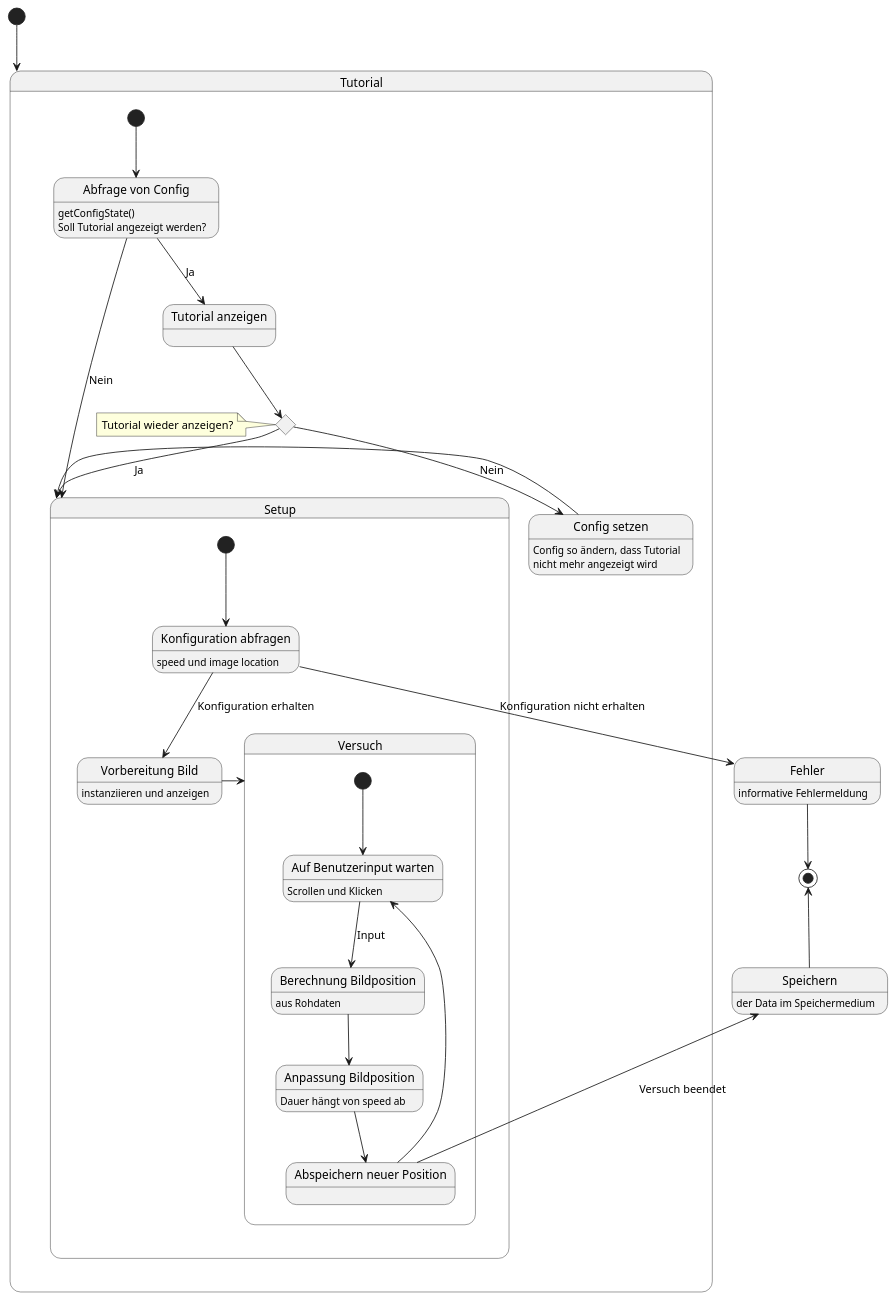
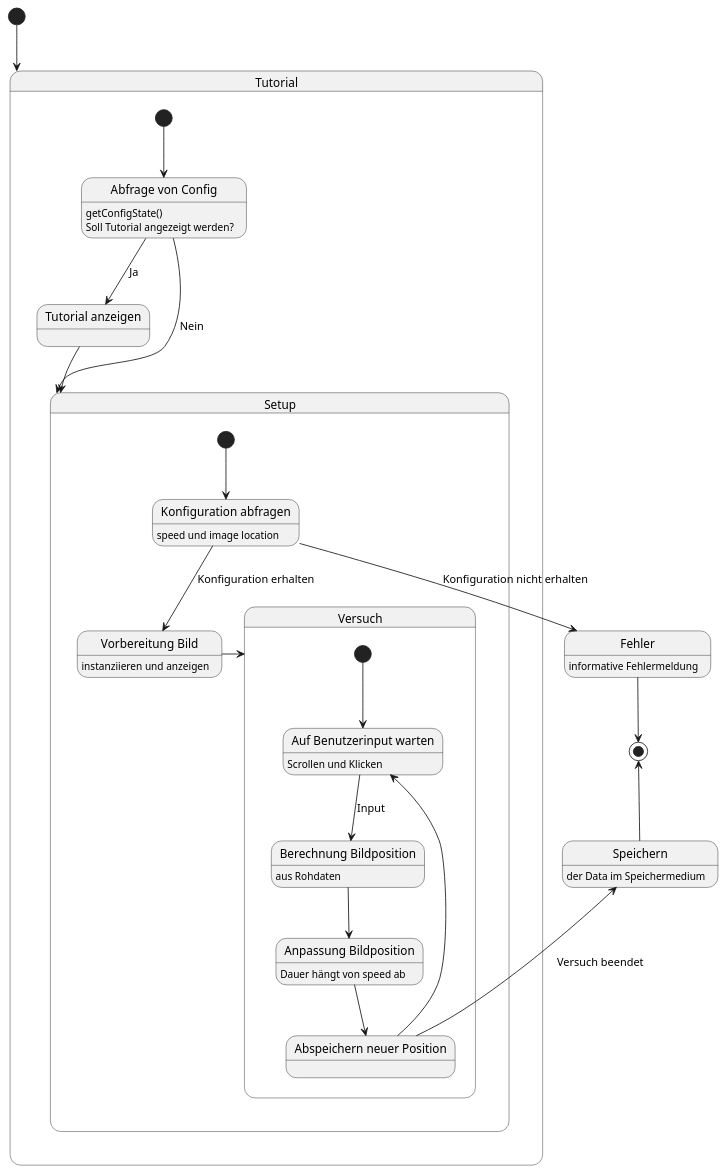
One commit to weichware-10/dokumente changed the diagram in uml-state/zoommaps/zustand-zoommaps.puml. Above: the diagram before and after it, drawn with PlantUML.

Commit message:
[fix] Zoommaps tutorial angepasst

```diff
--- a/uml-state/zoommaps/zustand-zoommaps.puml
+++ b/uml-state/zoommaps/zustand-zoommaps.puml
@@ -1,48 +1,40 @@
 @startuml zoommaps
 state "Fehler" as err : informative Fehlermeldung
 state Speichern : der Data im Speichermedium
 
 state "Tutorial" as t {
     state "Abfrage von Config" as ac : getConfigState()\nSoll Tutorial angezeigt werden?
     state "Tutorial anzeigen" as ta
-    state "Config setzen" as cs : Config so ändern, dass Tutorial\nnicht mehr angezeigt wird
-    state checkbox <<choice>>
-    note left of checkbox
-        Tutorial wieder anzeigen?
-    end note
     [*] --> ac
     ac --> ta : Ja
     ac --> s : Nein
-    ta --> checkbox
-    checkbox --> cs : Nein
-    checkbox --> s : Ja
-    cs -r-> s
+    ta --> s
 }
 
 state "Setup" as s {
     state "Konfiguration abfragen" as ka : speed und image location
     state "Vorbereitung Bild" as vb : instanziieren und anzeigen
     [*] --> ka
     ka --> vb : Konfiguration erhalten
     ka -d-> err : Konfiguration nicht erhalten
     vb -l-> v
 }
 
 state "Versuch" as v {
     state "Auf Benutzerinput warten" as bi : Scrollen und Klicken
     state "Berechnung Bildposition" as bb : aus Rohdaten
     state "Anpassung Bildposition" as ab : Dauer hängt von speed ab
     state "Abspeichern neuer Position" as ap
     [*] --> bi
     bi --> bb : Input
     bb --> ab
     ab --> ap
     ap --> bi
     ap -u-> Speichern : Versuch beendet
 }
 
 [*] --> t
 Speichern -u-> [*]
 err -d-> [*]
 
 @enduml
```
